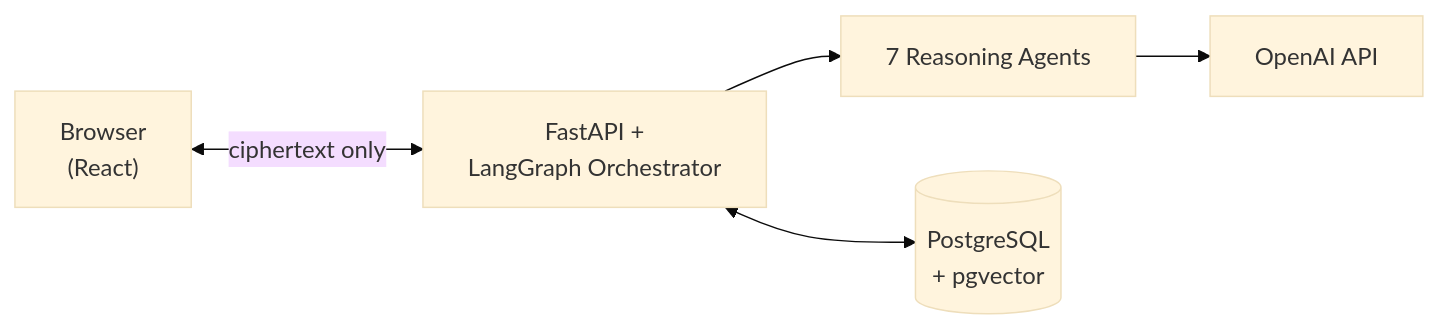
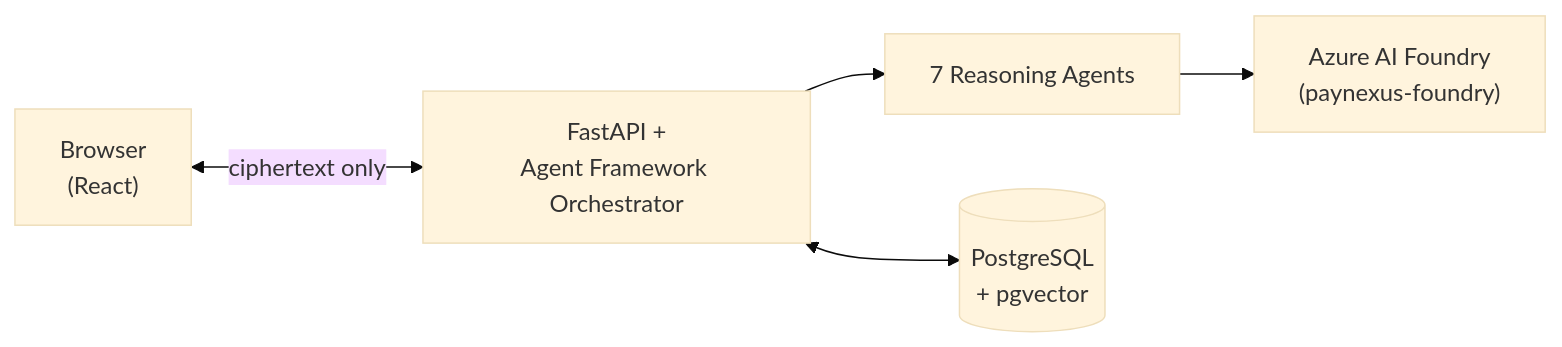
Before and after one commit to Ramya192/pay-nexus: the diagram in README.md, drawn with Mermaid (base theme). The commit also changed other lines of this file and 3 other files, not shown here.

````diff
--- a/README.md
+++ b/README.md
@@ -25,7 +30,7 @@
 ```mermaid
 graph LR
     User["Browser<br/>(React)"] <-->|ciphertext only| Backend
-    Backend["FastAPI +<br/>LangGraph Orchestrator"] --> Agents["7 Reasoning Agents"]
-    Agents --> OpenAI["OpenAI API"]
+    Backend["FastAPI +<br/>Agent Framework Orchestrator"] --> Agents["7 Reasoning Agents"]
+    Agents --> Foundry["Azure AI Foundry<br/>(paynexus-foundry)"]
     Backend <--> DB[("PostgreSQL<br/>+ pgvector")]
 ```
````
